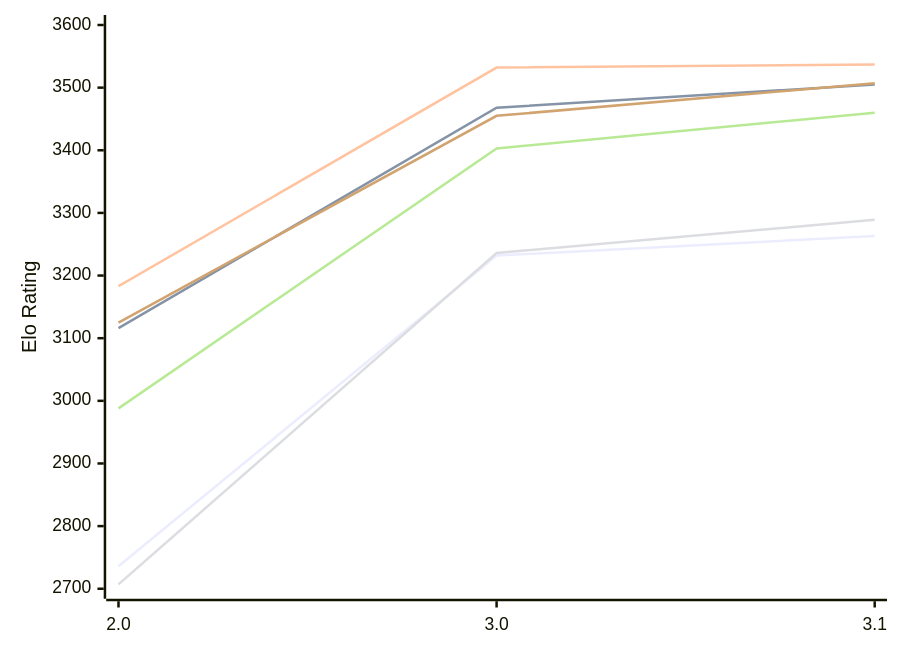
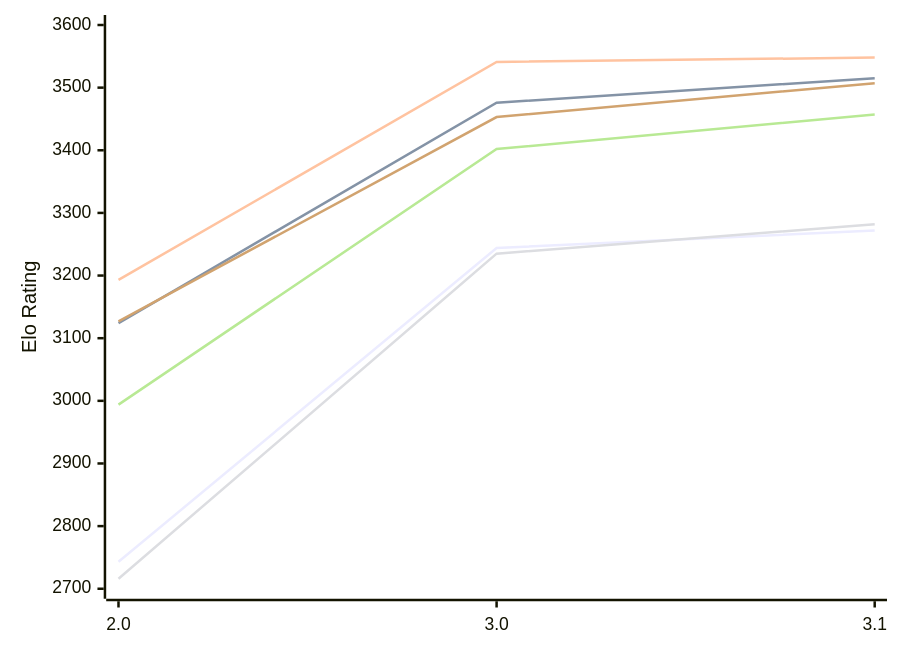
The diagram in engines/Funcomp.md (computer-chess-index/cci), drawn with Mermaid before and after one commit. The commit also changed other lines of this file, not shown here.

Commit message:
Update CCI Ratings (ELO VLTC) - 2026-11-16

````diff
--- a/engines/Funcomp.md
+++ b/engines/Funcomp.md
@@ -51,12 +51,12 @@
 ```mermaid
 %%{init: {"theme":"base","themeVariables":{"seriesColors:['#a3a3a3','#222221','#faa371']}}}%%
 xychart-beta
   x-axis ["2.0", "3.0", "3.1"]
   y-axis "Elo Rating" 2700 --> 3600
-  line "E1: STC (8.0+0.08s)" [2736, 3232, 3263]
-  line "E1: LTC (60.0+0.60s)" [3116, 3468, 3505]
-  line "E1: VLTC (2m24s+1.12s)" [3183, 3532, 3537]
-  line "P1: STC (8.0+0.08s)" [2707, 3236, 3289]
-  line "P1: LTC (60.0+0.60s)" [2988, 3403, 3460]
-  line "P1: VLTC (2m24s+1.12s)" [3125, 3455, 3507]
+  line "E1: STC (8.0+0.08s)" [2743, 3244, 3272]
+  line "E1: LTC (60.0+0.60s)" [3124, 3476, 3515]
+  line "E1: VLTC (2m24s+1.12s)" [3193, 3541, 3548]
+  line "P1: STC (8.0+0.08s)" [2716, 3235, 3282]
+  line "P1: LTC (60.0+0.60s)" [2994, 3402, 3457]
+  line "P1: VLTC (2m24s+1.12s)" [3127, 3453, 3507]
 ```
````
